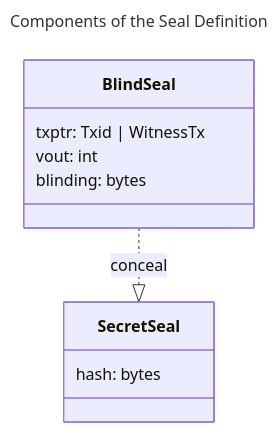
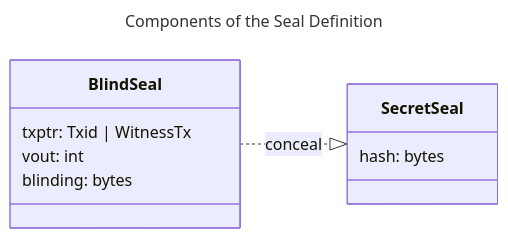
One commit to rgb-protocol/RGB-Documentation changed the diagram in rgb-state-and-operations/components-of-a-contract-operation.md. Above: the diagram before and after it, drawn with Mermaid. The commit also changed other lines of this file and 6 other files, not shown here.

````diff
--- a/rgb-state-and-operations/components-of-a-contract-operation.md
+++ b/rgb-state-and-operations/components-of-a-contract-operation.md
@@ -173,15 +172,16 @@
 ```mermaid
 ---
 title: Components of the Seal Definition
 ---
 classDiagram
+    direction LR
     BlindSeal ..|> SecretSeal : conceal
     class BlindSeal {
       txptr: Txid | WitnessTx
       vout: int
       blinding: bytes
     }
     class SecretSeal {
       hash: bytes
     }
 ```
````
